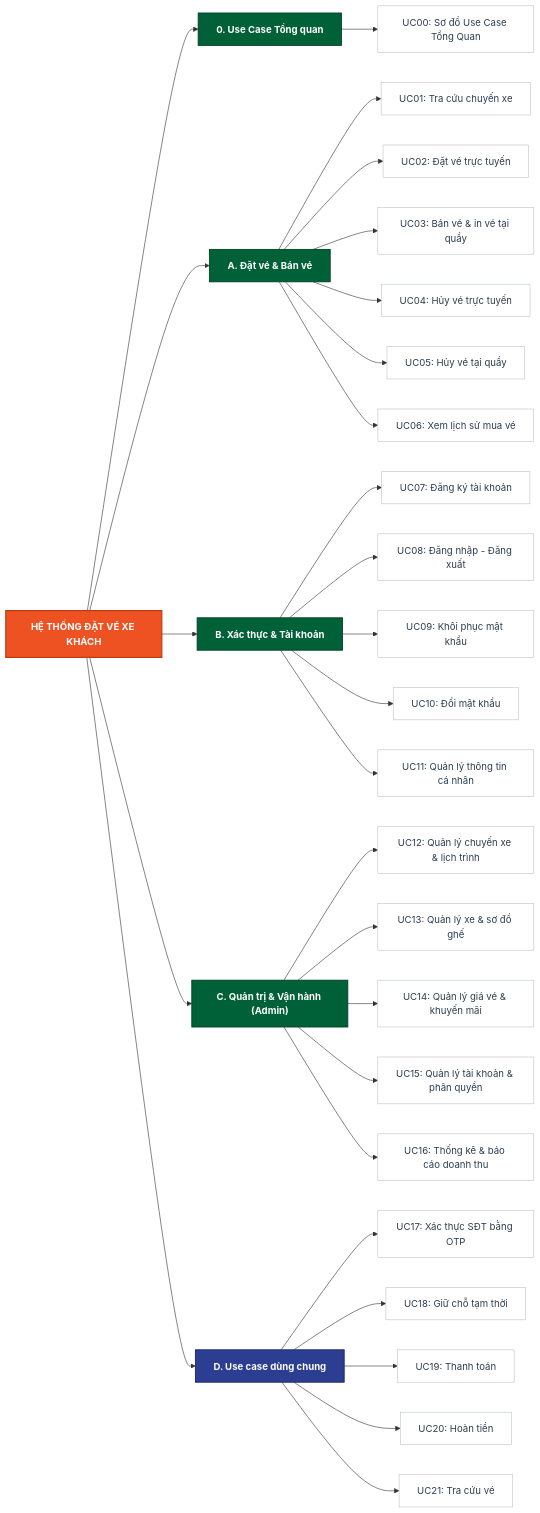
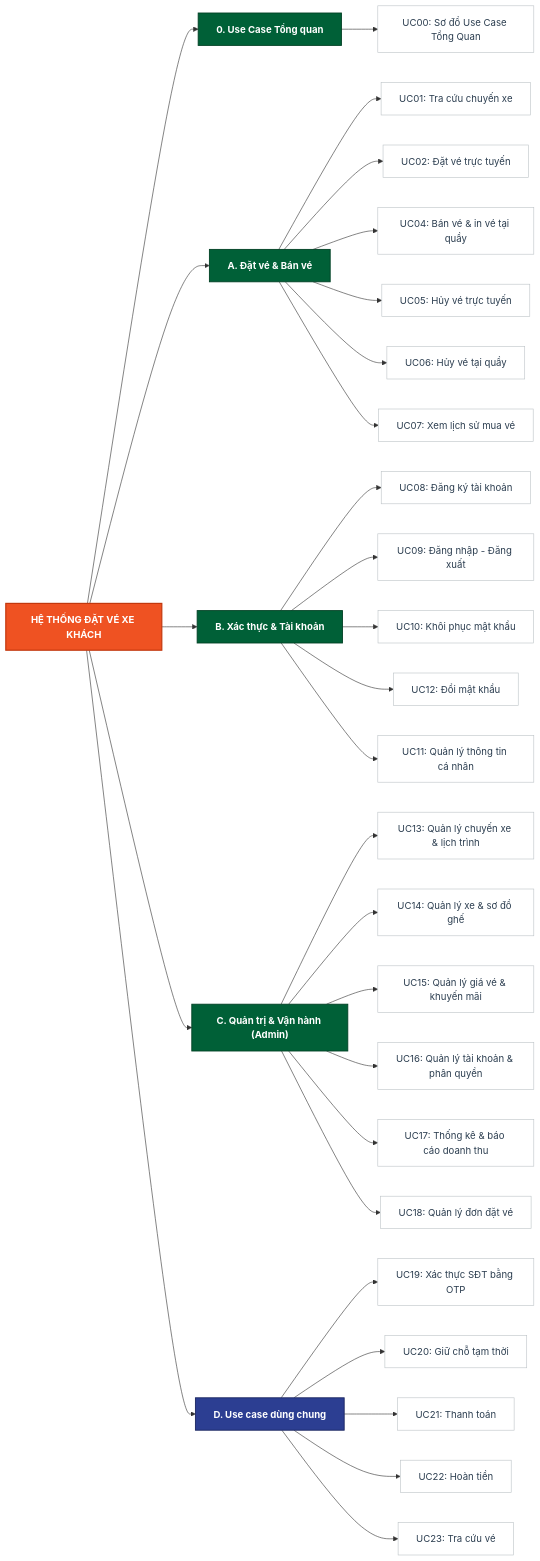
The diagram in docs/specs/DacTaUseCase.md (Longcodepro/Project_OOAD_HK1_2026-2027), drawn with Mermaid before and after one commit. The commit also changed other lines of this file and 2 other files, not shown here.

First line of the commit message:
docs(specs): đồng bộ đặc tả use case với Sequence và Use Case

````diff
--- a/docs/specs/DacTaUseCase.md
+++ b/docs/specs/DacTaUseCase.md
@@ -63,41 +65,42 @@
 ```mermaid
 flowchart LR
     classDef rootStyle fill:#EF5222,stroke:#C2380E,stroke-width:2px,color:#ffffff,font-weight:bold;
     classDef groupStyle fill:#006037,stroke:#004024,stroke-width:1.5px,color:#ffffff,font-weight:bold;
     classDef sharedStyle fill:#2C3E92,stroke:#1A2560,stroke-width:1.5px,color:#ffffff,font-weight:bold;
     classDef ucStyle fill:#FFFFFF,stroke:#BDC3C7,stroke-width:1px,color:#2C3E50;
 
     Root["HỆ THỐNG ĐẶT VÉ XE KHÁCH"]:::rootStyle
 
     Root --> G0["0. Use Case Tổng quan"]:::groupStyle
     G0 --> UC00["UC00: Sơ đồ Use Case Tổng Quan"]:::ucStyle
 
     Root --> GA["A. Đặt vé & Bán vé"]:::groupStyle
     GA --> UC01["UC01: Tra cứu chuyến xe"]:::ucStyle
     GA --> UC02["UC02: Đặt vé trực tuyến"]:::ucStyle
-    GA --> UC03["UC03: Bán vé & in vé tại quầy"]:::ucStyle
-    GA --> UC04["UC04: Hủy vé trực tuyến"]:::ucStyle
-    GA --> UC05["UC05: Hủy vé tại quầy"]:::ucStyle
-    GA --> UC06["UC06: Xem lịch sử mua vé"]:::ucStyle
+    GA --> UC04["UC04: Bán vé & in vé tại quầy"]:::ucStyle
+    GA --> UC05["UC05: Hủy vé trực tuyến"]:::ucStyle
+    GA --> UC06["UC06: Hủy vé tại quầy"]:::ucStyle
+    GA --> UC07["UC07: Xem lịch sử mua vé"]:::ucStyle
 
     Root --> GB["B. Xác thực & Tài khoản"]:::groupStyle
-    GB --> UC07["UC07: Đăng ký tài khoản"]:::ucStyle
-    GB --> UC08["UC08: Đăng nhập - Đăng xuất"]:::ucStyle
-    GB --> UC09["UC09: Khôi phục mật khẩu"]:::ucStyle
-    GB --> UC10["UC10: Đổi mật khẩu"]:::ucStyle
+    GB --> UC08["UC08: Đăng ký tài khoản"]:::ucStyle
+    GB --> UC09["UC09: Đăng nhập - Đăng xuất"]:::ucStyle
+    GB --> UC10["UC10: Khôi phục mật khẩu"]:::ucStyle
+    GB --> UC12["UC12: Đổi mật khẩu"]:::ucStyle
     GB --> UC11["UC11: Quản lý thông tin cá nhân"]:::ucStyle
 
     Root --> GC["C. Quản trị & Vận hành (Admin)"]:::groupStyle
-    GC --> UC12["UC12: Quản lý chuyến xe & lịch trình"]:::ucStyle
-    GC --> UC13["UC13: Quản lý xe & sơ đồ ghế"]:::ucStyle
-    GC --> UC14["UC14: Quản lý giá vé & khuyến mãi"]:::ucStyle
-    GC --> UC15["UC15: Quản lý tài khoản & phân quyền"]:::ucStyle
-    GC --> UC16["UC16: Thống kê & báo cáo doanh thu"]:::ucStyle
+    GC --> UC13["UC13: Quản lý chuyến xe & lịch trình"]:::ucStyle
+    GC --> UC14["UC14: Quản lý xe & sơ đồ ghế"]:::ucStyle
+    GC --> UC15["UC15: Quản lý giá vé & khuyến mãi"]:::ucStyle
+    GC --> UC16["UC16: Quản lý tài khoản & phân quyền"]:::ucStyle
+    GC --> UC17["UC17: Thống kê & báo cáo doanh thu"]:::ucStyle
+    GC --> UC18["UC18: Quản lý đơn đặt vé"]:::ucStyle
 
     Root --> GD["D. Use case dùng chung"]:::sharedStyle
-    GD --> UC17["UC17: Xác thực SĐT bằng OTP"]:::ucStyle
-    GD --> UC18["UC18: Giữ chỗ tạm thời"]:::ucStyle
-    GD --> UC19["UC19: Thanh toán"]:::ucStyle
-    GD --> UC20["UC20: Hoàn tiền"]:::ucStyle
-    GD --> UC21["UC21: Tra cứu vé"]:::ucStyle
+    GD --> UC19["UC19: Xác thực SĐT bằng OTP"]:::ucStyle
+    GD --> UC20["UC20: Giữ chỗ tạm thời"]:::ucStyle
+    GD --> UC21["UC21: Thanh toán"]:::ucStyle
+    GD --> UC22["UC22: Hoàn tiền"]:::ucStyle
+    GD --> UC23["UC23: Tra cứu vé"]:::ucStyle
 ```
````
